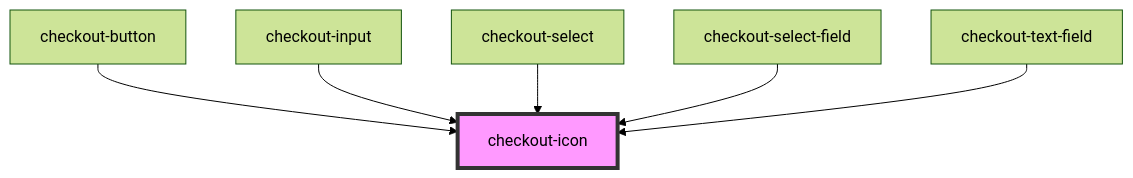
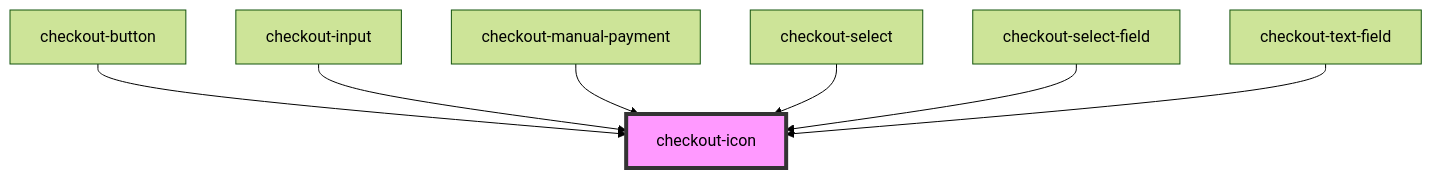
One commit to plughacker/malga-checkout changed the diagram in packages/common/src/components/checkout-icon/readme.md. Above: the diagram before and after it, drawn with Mermaid (forest theme). The commit also changed other lines of this file and 10 other files, not shown here.

````diff
--- a/packages/common/src/components/checkout-icon/readme.md
+++ b/packages/common/src/components/checkout-icon/readme.md
@@ -27,9 +28,10 @@
 ```mermaid
 graph TD;
   checkout-button --> checkout-icon
   checkout-input --> checkout-icon
+  checkout-manual-payment --> checkout-icon
   checkout-select --> checkout-icon
   checkout-select-field --> checkout-icon
   checkout-text-field --> checkout-icon
   style checkout-icon fill:#f9f,stroke:#333,stroke-width:4px
 ```
````
